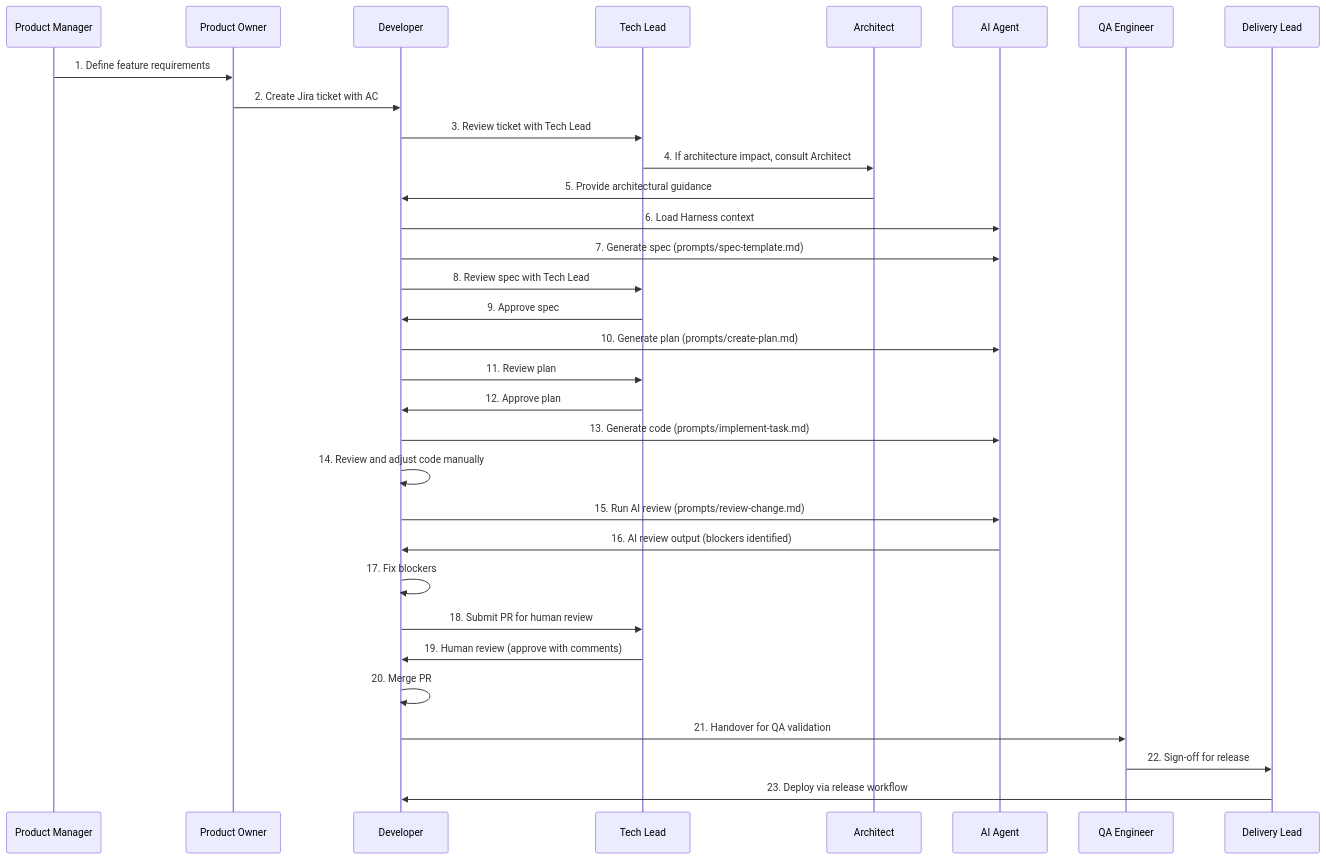
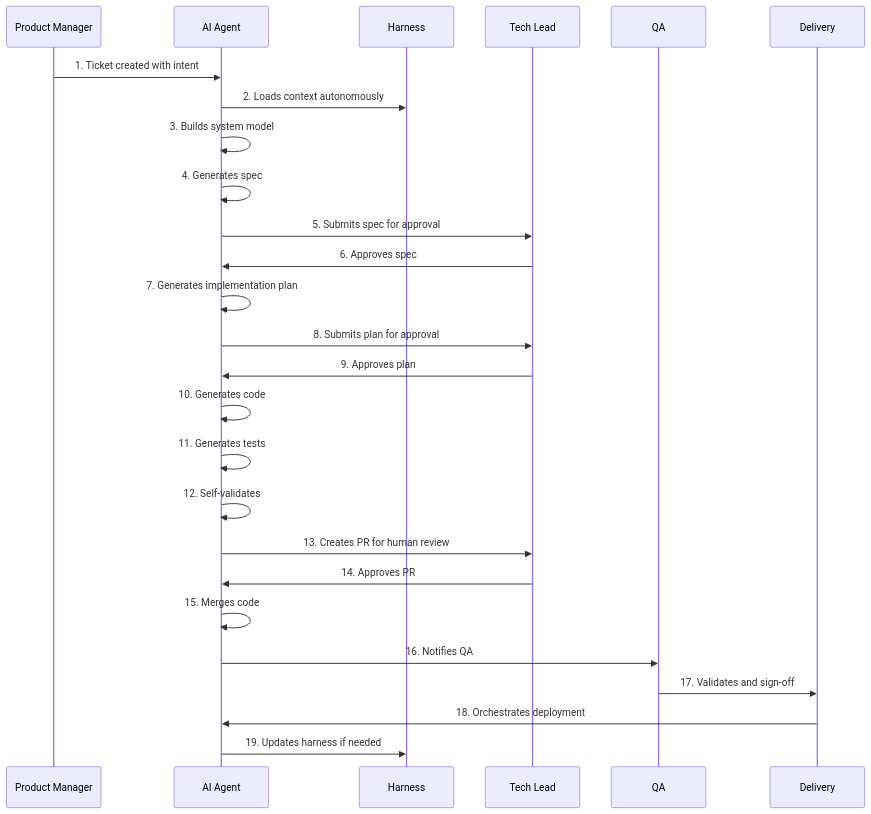
One commit to Hatalabdallah/retail-cc-ai-playbook changed the eighth of 17 diagrams in README.md. Above: the diagram before and after it, drawn with Mermaid. The commit also changed other lines of this file and 1 other file, not shown here.

````diff
--- a/README.md
+++ b/README.md
@@ -428,35 +568,29 @@
 ```mermaid
 sequenceDiagram
     participant PM as Product Manager
-    participant PO as Product Owner
-    participant Dev as Developer
+    participant AGENT as AI Agent
+    participant HARNESS as Harness
     participant TL as Tech Lead
-    participant Arch as Architect
-    participant AI as AI Agent
-    participant QA as QA Engineer
-    participant Delivery as Delivery Lead
+    participant QA as QA
+    participant DELIVERY as Delivery
 
-    PM->>PO: 1. Define feature requirements
-    PO->>Dev: 2. Create Jira ticket with AC
-    Dev->>TL: 3. Review ticket with Tech Lead
-    TL->>Arch: 4. If architecture impact, consult Architect
-    Arch->>Dev: 5. Provide architectural guidance
-    Dev->>AI: 6. Load Harness context
-    Dev->>AI: 7. Generate spec (prompts/spec-template.md)
-    Dev->>TL: 8. Review spec with Tech Lead
-    TL->>Dev: 9. Approve spec
-    Dev->>AI: 10. Generate plan (prompts/create-plan.md)
-    Dev->>TL: 11. Review plan
-    TL->>Dev: 12. Approve plan
-    Dev->>AI: 13. Generate code (prompts/implement-task.md)
-    Dev->>Dev: 14. Review and adjust code manually
-    Dev->>AI: 15. Run AI review (prompts/review-change.md)
-    AI->>Dev: 16. AI review output (blockers identified)
-    Dev->>Dev: 17. Fix blockers
-    Dev->>TL: 18. Submit PR for human review
-    TL->>Dev: 19. Human review (approve with comments)
-    Dev->>Dev: 20. Merge PR
-    Dev->>QA: 21. Handover for QA validation
-    QA->>Delivery: 22. Sign-off for release
-    Delivery->>Dev: 23. Deploy via release workflow
+    PM->>AGENT: 1. Ticket created with intent
+    AGENT->>HARNESS: 2. Loads context autonomously
+    AGENT->>AGENT: 3. Builds system model
+    AGENT->>AGENT: 4. Generates spec
+    AGENT->>TL: 5. Submits spec for approval
+    TL->>AGENT: 6. Approves spec
+    AGENT->>AGENT: 7. Generates implementation plan
+    AGENT->>TL: 8. Submits plan for approval
+    TL->>AGENT: 9. Approves plan
+    AGENT->>AGENT: 10. Generates code
+    AGENT->>AGENT: 11. Generates tests
+    AGENT->>AGENT: 12. Self-validates
+    AGENT->>TL: 13. Creates PR for human review
+    TL->>AGENT: 14. Approves PR
+    AGENT->>AGENT: 15. Merges code
+    AGENT->>QA: 16. Notifies QA
+    QA->>DELIVERY: 17. Validates and sign-off
+    DELIVERY->>AGENT: 18. Orchestrates deployment
+    AGENT->>HARNESS: 19. Updates harness if needed
 ```
````
